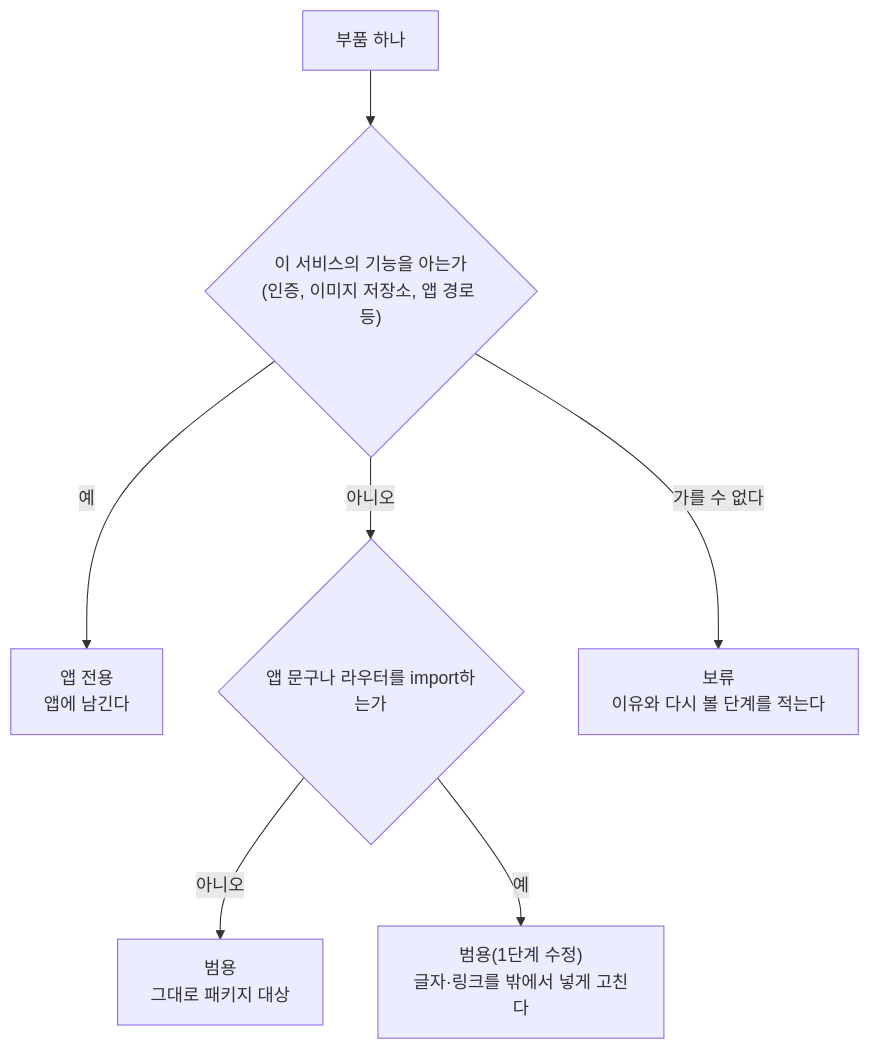
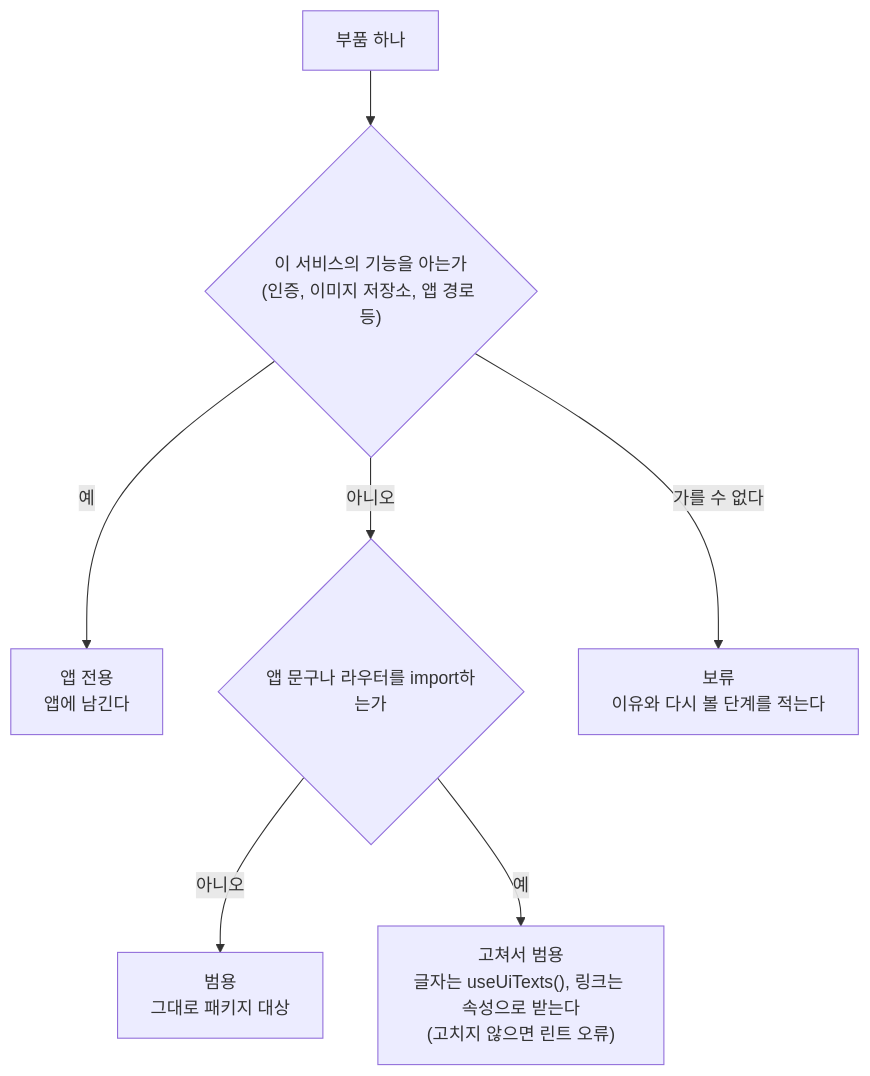
Before and after one commit to BAECHAN/link-sphere_FE_NEW: the third of 3 diagrams in docs/DESIGN-SYSTEM-PRINCIPLES.md, drawn with Mermaid. The commit also changed other lines of this file and 60 other files, not shown here.

````diff
--- a/docs/DESIGN-SYSTEM-PRINCIPLES.md
+++ b/docs/DESIGN-SYSTEM-PRINCIPLES.md
@@ -63,9 +304,9 @@
 ```mermaid
 flowchart TD
     A["부품 하나"] --> B{"이 서비스의 기능을 아는가<br/>(인증, 이미지 저장소, 앱 경로 등)"}
     B -- "예" --> C["앱 전용<br/>앱에 남긴다"]
     B -- "아니오" --> D{"앱 문구나 라우터를 import하는가"}
     D -- "아니오" --> E["범용<br/>그대로 패키지 대상"]
-    D -- "예" --> F["범용(1단계 수정)<br/>글자·링크를 밖에서 넣게 고친다"]
+    D -- "예" --> F["고쳐서 범용<br/>글자는 useUiTexts(), 링크는 속성으로 받는다<br/>(고치지 않으면 린트 오류)"]
     B -- "가를 수 없다" --> G["보류<br/>이유와 다시 볼 단계를 적는다"]
 ```
````
